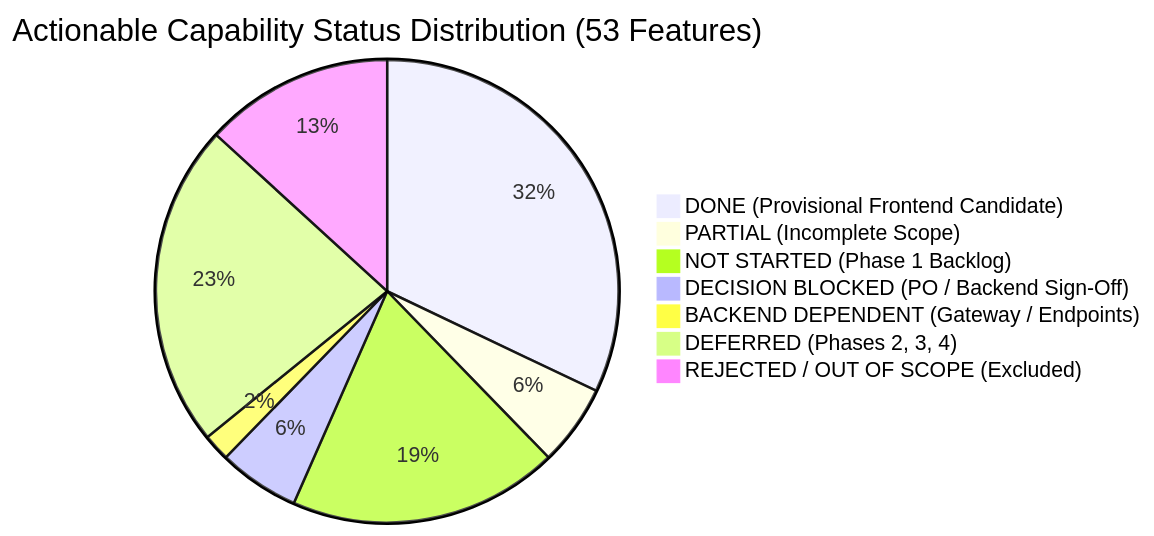
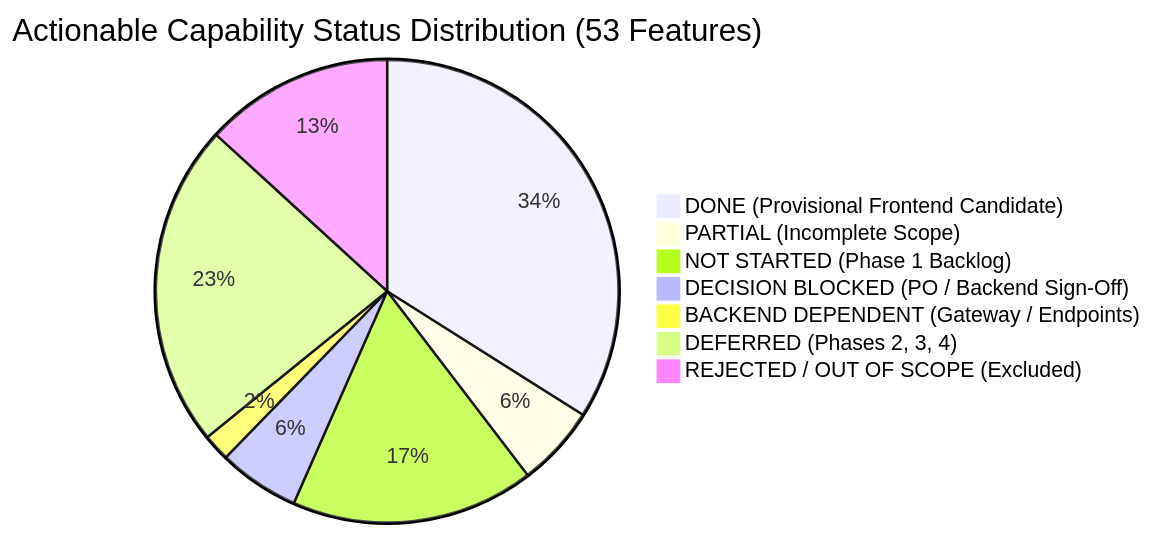
One commit to Samudra-Bose/sonder changed the first of 2 diagrams in docs/04-implementation/sonder-frontend-completion-tracker.md. Above: the diagram before and after it, drawn with Mermaid. The commit also changed other lines of this file and 2 other files, not shown here.

Commit message:
docs: create master frontend delivery audit and reconcile project trackers

````diff
--- a/docs/04-implementation/sonder-frontend-completion-tracker.md
+++ b/docs/04-implementation/sonder-frontend-completion-tracker.md
@@ -88,10 +88,10 @@
 ```mermaid
 pie title Actionable Capability Status Distribution (53 Features)
-    "DONE (Provisional Frontend Candidate)" : 17
+    "DONE (Provisional Frontend Candidate)" : 18
     "PARTIAL (Incomplete Scope)" : 3
-    "NOT STARTED (Phase 1 Backlog)" : 10
+    "NOT STARTED (Phase 1 Backlog)" : 9
     "DECISION BLOCKED (PO / Backend Sign-Off)" : 3
     "BACKEND DEPENDENT (Gateway / Endpoints)" : 1
     "DEFERRED (Phases 2, 3, 4)" : 12
     "REJECTED / OUT OF SCOPE (Excluded)" : 7
 ```
````
